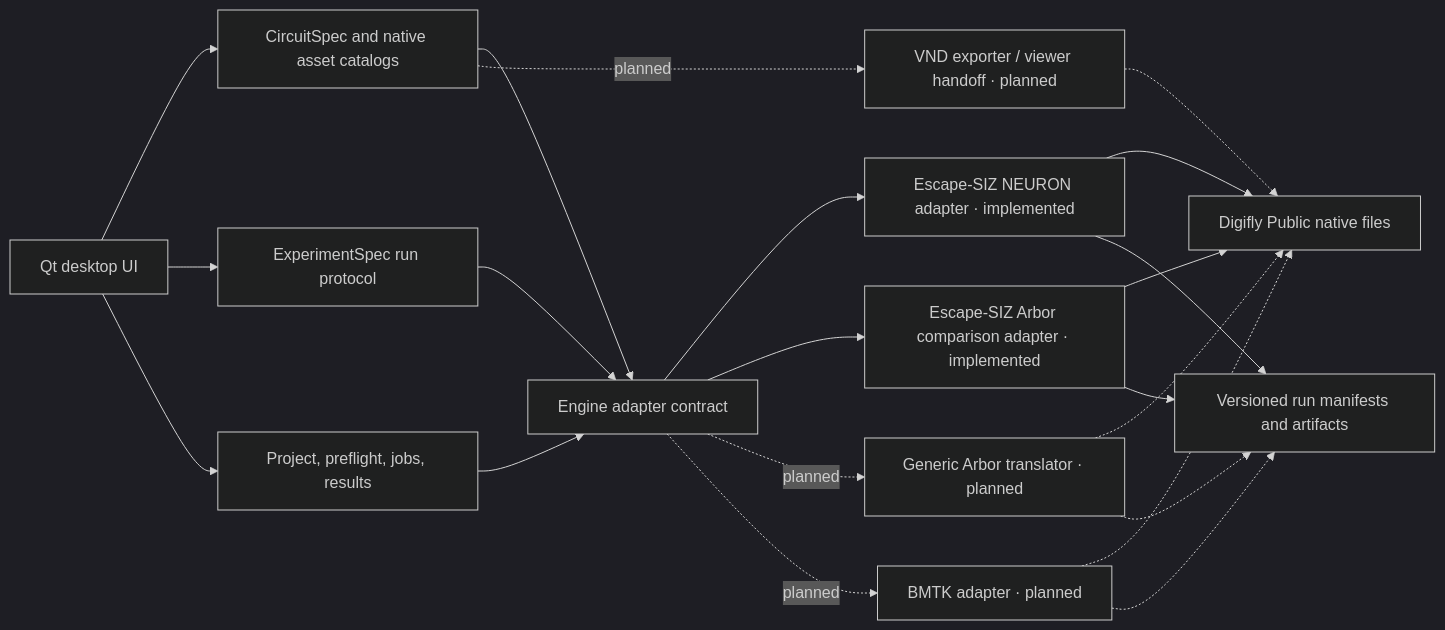
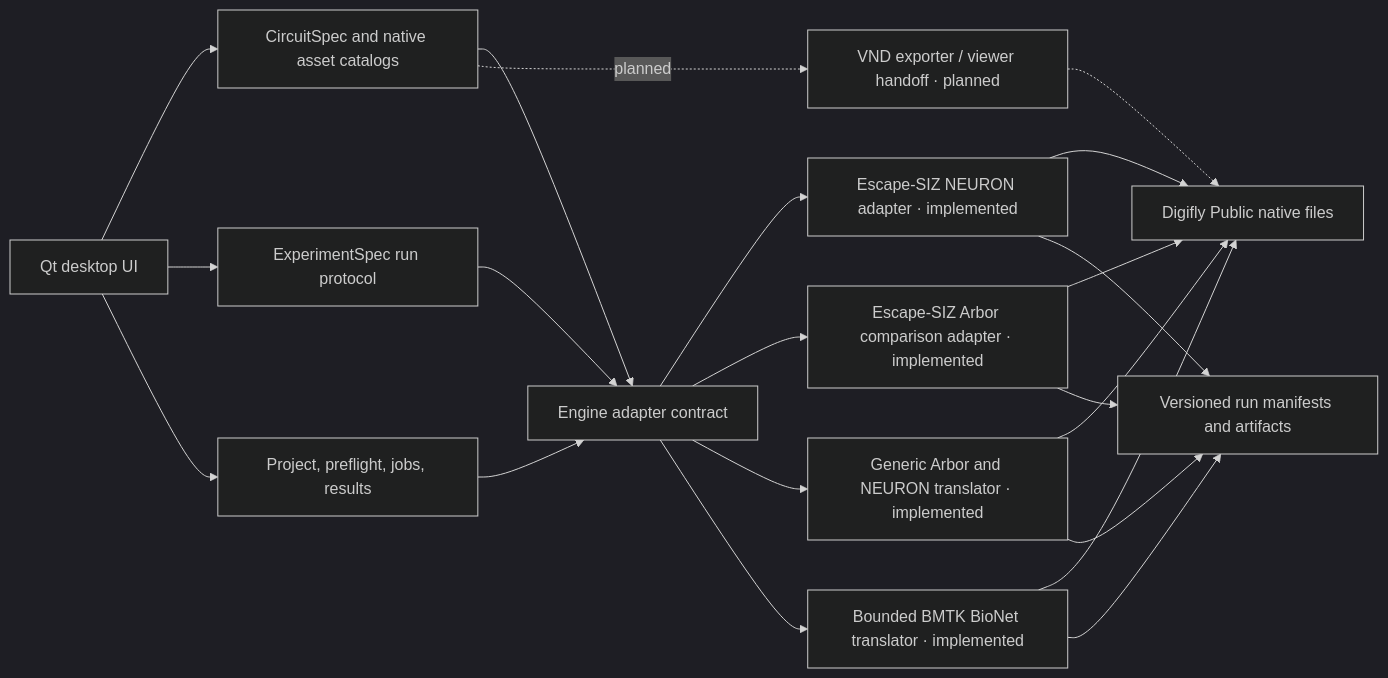
The diagram in docs/ARCHITECTURE.md (Saint-Sam/Digifly-Application), drawn with Mermaid (dark theme) before and after one commit. The commit also changed other lines of this file and 73 other files, not shown here.

````diff
--- a/docs/ARCHITECTURE.md
+++ b/docs/ARCHITECTURE.md
@@ -18,23 +19,23 @@
 ```mermaid
 flowchart LR
     UI[Qt desktop UI] --> DESIGN[CircuitSpec and native asset catalogs]
     UI --> EXPERIMENT[ExperimentSpec run protocol]
     UI --> CORE[Project, preflight, jobs, results]
     DESIGN --> CONTRACT
     EXPERIMENT --> CONTRACT
     CORE --> CONTRACT[Engine adapter contract]
     CONTRACT --> N[Escape-SIZ NEURON adapter · implemented]
     CONTRACT --> A[Escape-SIZ Arbor comparison adapter · implemented]
-    CONTRACT -. planned .-> GA[Generic Arbor translator · planned]
-    CONTRACT -. planned .-> B[BMTK adapter · planned]
+    CONTRACT --> G[Generic Arbor and NEURON translator · implemented]
+    CONTRACT --> B[Bounded BMTK BioNet translator · implemented]
     DESIGN -. planned .-> V[VND exporter / viewer handoff · planned]
     N --> DP[Digifly Public native files]
     A --> DP
-    GA -.-> DP
-    B -.-> DP
+    G --> DP
+    B --> DP
     V -.-> DP
     N --> RUNS[Versioned run manifests and artifacts]
     A --> RUNS
-    GA -.-> RUNS
-    B -.-> RUNS
+    G --> RUNS
+    B --> RUNS
 ```
````
